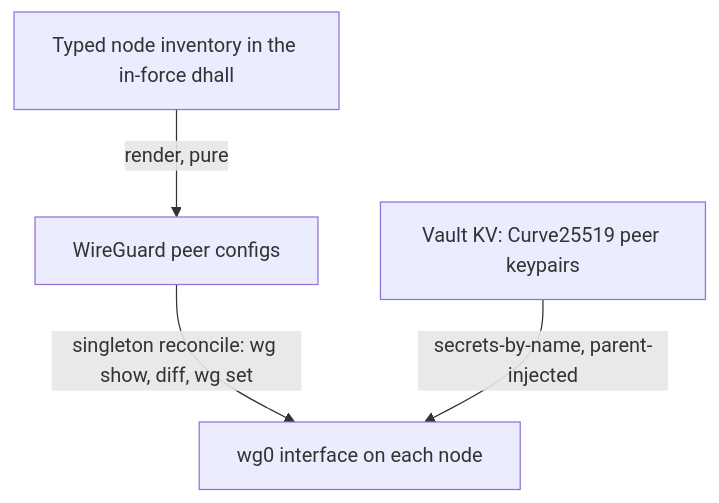
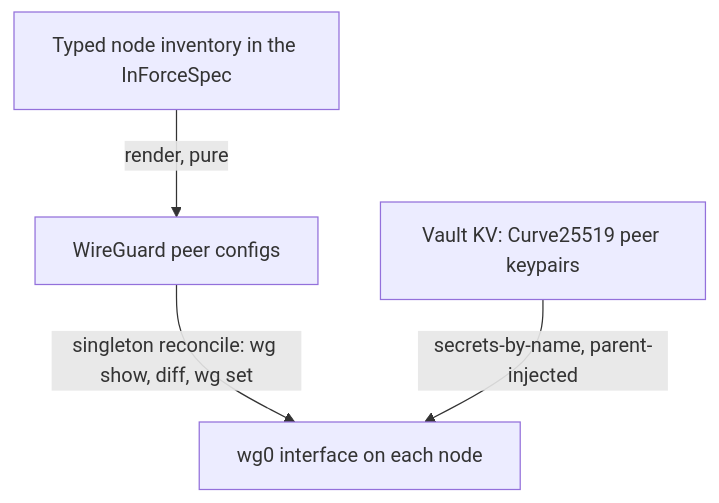
The diagram in documents/engineering/network_fabric_doctrine.md (Tuee22/amoebius), drawn with Mermaid before and after one commit. The commit also changed other lines of this file and 37 other files, not shown here.

````diff
--- a/documents/engineering/network_fabric_doctrine.md
+++ b/documents/engineering/network_fabric_doctrine.md
@@ -92,6 +92,6 @@
 ```mermaid
 flowchart TD
-  inv[Typed node inventory in the in-force dhall] -->|render, pure| cfg[WireGuard peer configs]
+  inv[Typed node inventory in the InForceSpec] -->|render, pure| cfg[WireGuard peer configs]
   cfg -->|singleton reconcile: wg show, diff, wg set| iface[wg0 interface on each node]
   vault[Vault KV: Curve25519 peer keypairs] -->|secrets-by-name, parent-injected| iface
 ```
````
